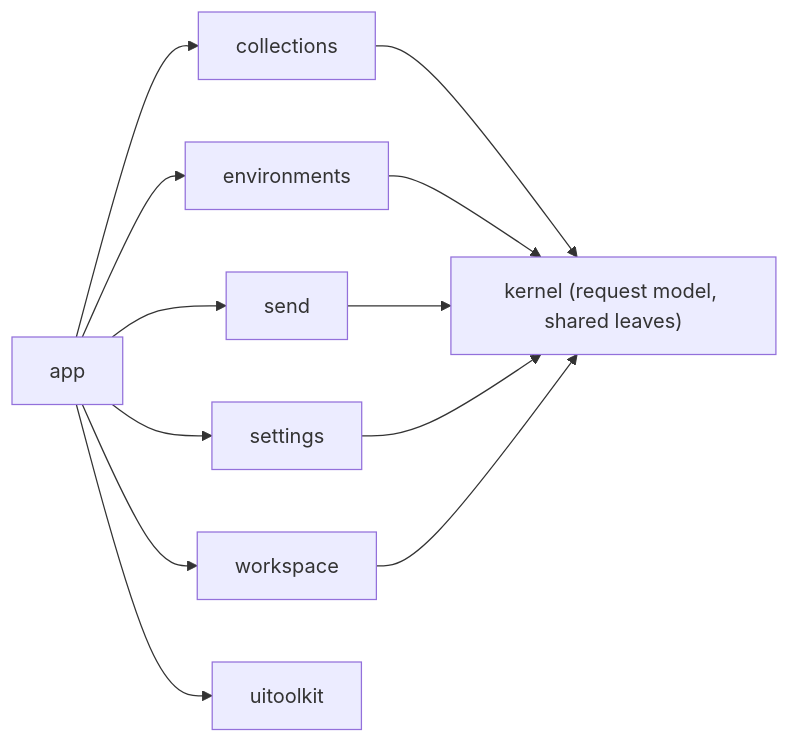
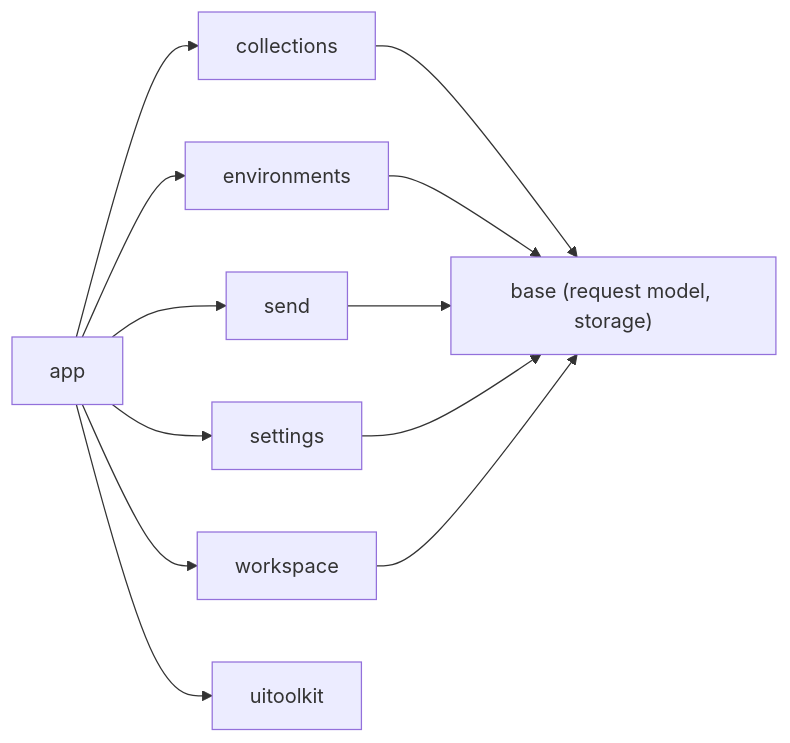
Before and after one commit to gascoigne-ai/gascoigne-workshop: the second of 2 diagrams in .harness/architecture.md, drawn with Mermaid. The commit also changed other lines of this file and 33 other files, not shown here.

````diff
--- a/.harness/architecture.md
+++ b/.harness/architecture.md
@@ -57,6 +57,6 @@
 ```mermaid
 flowchart LR
   app["app"] --> send & collections & environments & settings & workspace
   app --> toolkit["uitoolkit"]
-  collections & environments & send & settings & workspace --> kernel["kernel (request model, shared leaves)"]
+  collections & environments & send & settings & workspace --> base["base (request model, storage)"]
 ```
````
